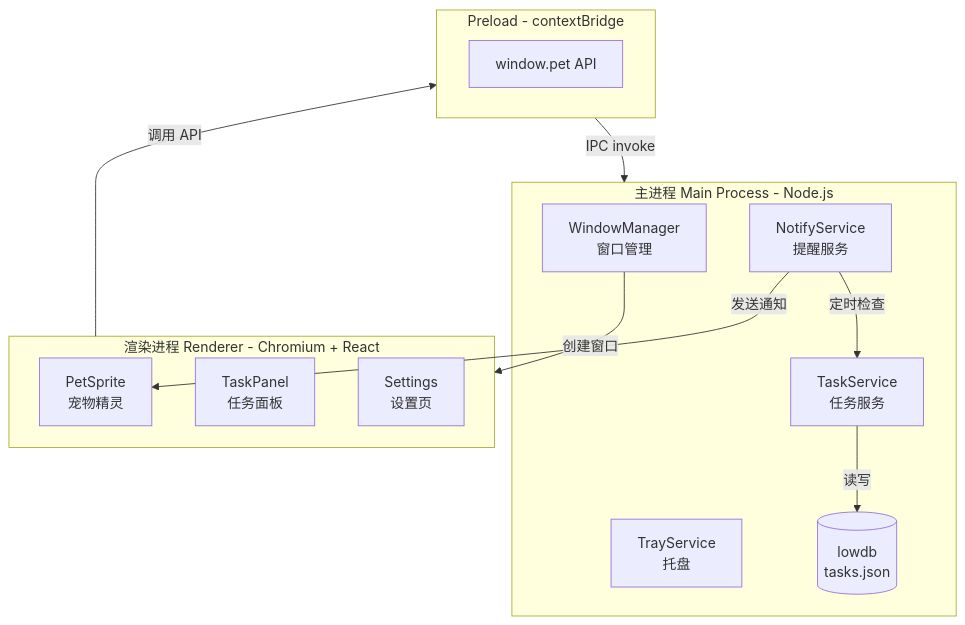
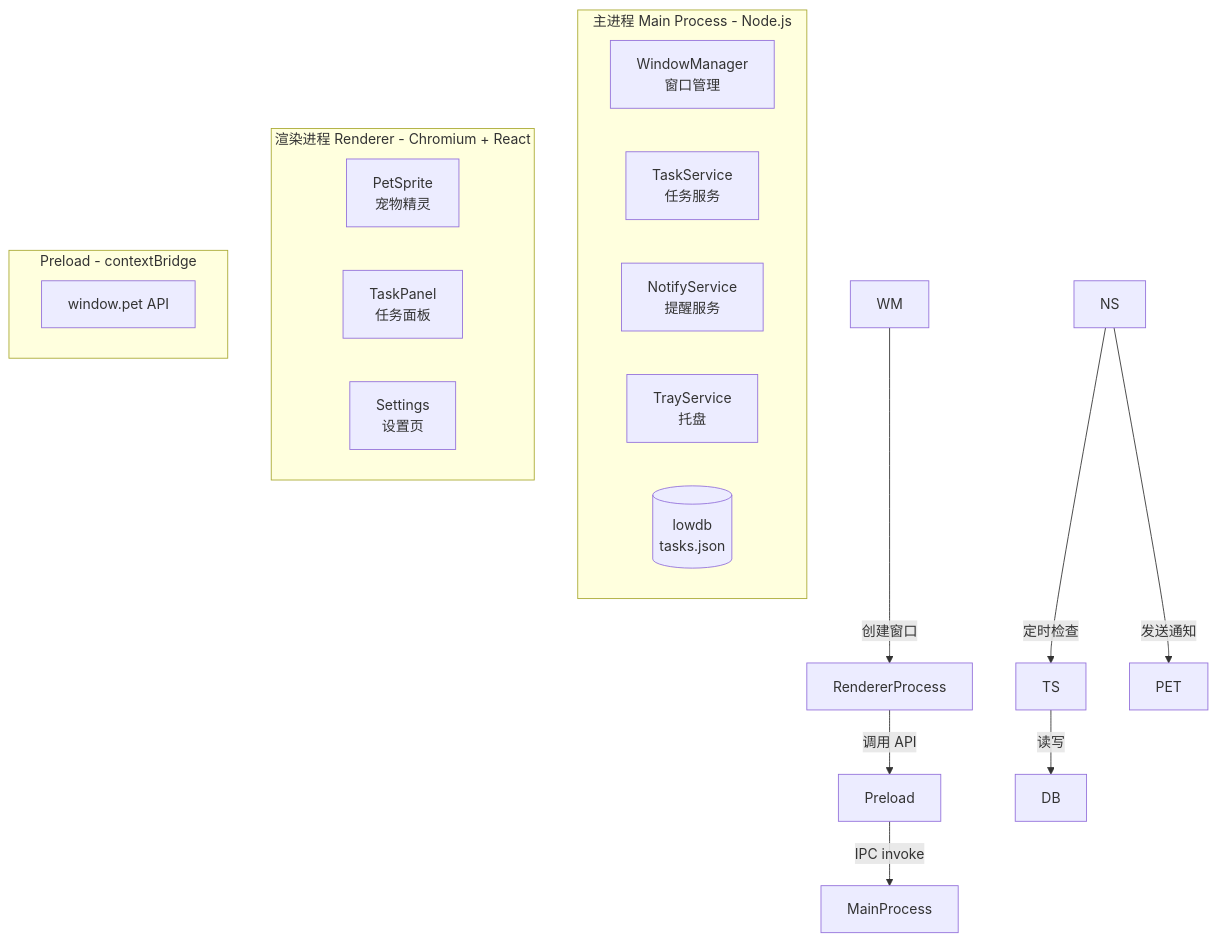
One commit to Allen-huu/PalGov changed the diagram in README.md. Above: the diagram before and after it, drawn with Mermaid. The commit also changed other lines of this file and 22 other files, not shown here.

````diff
--- a/README.md
+++ b/README.md
@@ -147,28 +147,28 @@
 ```mermaid
 graph TB
-    subgraph MainProcess[主进程 Main Process - Node.js]
-        WM[WindowManager<br/>窗口管理]
-        TS[TaskService<br/>任务服务]
-        NS[NotifyService<br/>提醒服务]
-        TR[TrayService<br/>托盘]
-        DB[(lowdb<br/>tasks.json)]
+    subgraph MainProcess\[主进程 Main Process - Node.js]
+        WM\[WindowManager<br/>窗口管理]
+        TS\[TaskService<br/>任务服务]
+        NS\[NotifyService<br/>提醒服务]
+        TR\[TrayService<br/>托盘]
+        DB\[(lowdb<br/>tasks.json)]
     end
 
-    subgraph RendererProcess[渲染进程 Renderer - Chromium + React]
-        PET[PetSprite<br/>宠物精灵]
-        PANEL[TaskPanel<br/>任务面板]
-        SETTINGS[Settings<br/>设置页]
+    subgraph RendererProcess\[渲染进程 Renderer - Chromium + React]
+        PET\[PetSprite<br/>宠物精灵]
+        PANEL\[TaskPanel<br/>任务面板]
+        SETTINGS\[Settings<br/>设置页]
     end
 
-    subgraph Preload[Preload - contextBridge]
-        API[window.pet API]
+    subgraph Preload\[Preload - contextBridge]
+        API\[window.pet API]
     end
 
     WM -->|创建窗口| RendererProcess
     TS -->|读写| DB
     NS -->|定时检查| TS
     NS -->|发送通知| PET
 
     RendererProcess -->|调用 API| Preload
     Preload -->|IPC invoke| MainProcess
 ```
````
